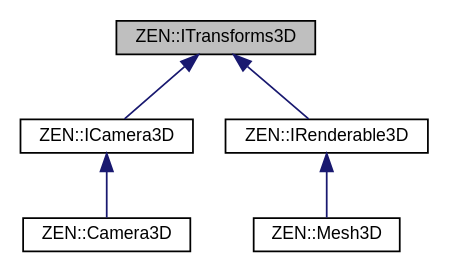
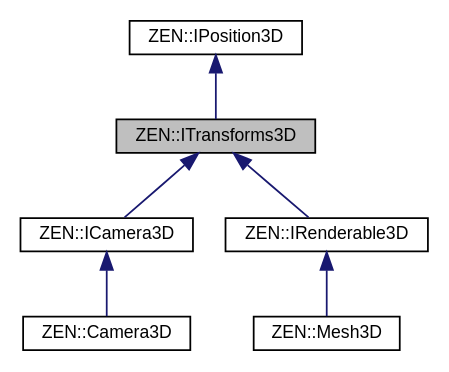
The diagram in classZEN_1_1ITransforms3D__inherit__graph.dot (markhj/zeronetics), drawn with Graphviz before and after one commit. The commit also changed 184 other files, not shown here.

```diff
--- a/classZEN_1_1ITransforms3D__inherit__graph.dot
+++ b/classZEN_1_1ITransforms3D__inherit__graph.dot
@@ -1,15 +1,17 @@
 digraph "ZEN::ITransforms3D"
 {
  // LATEX_PDF_SIZE
   edge [fontname="Helvetica",fontsize="10",labelfontname="Helvetica",labelfontsize="10"];
   node [fontname="Helvetica",fontsize="10",shape=record];
   Node1 [label="ZEN::ITransforms3D",height=0.2,width=0.4,color="black", fillcolor="grey75", style="filled", fontcolor="black",tooltip=" "];
-  Node1 -> Node2 [dir="back",color="midnightblue",fontsize="10",style="solid",fontname="Helvetica"];
-  Node2 [label="ZEN::ICamera3D",height=0.2,width=0.4,color="black", fillcolor="white", style="filled",URL="$classZEN_1_1ICamera3D.html",tooltip=" "];
-  Node2 -> Node3 [dir="back",color="midnightblue",fontsize="10",style="solid",fontname="Helvetica"];
-  Node3 [label="ZEN::Camera3D",height=0.2,width=0.4,color="black", fillcolor="white", style="filled",URL="$classZEN_1_1Camera3D.html",tooltip=" "];
-  Node1 -> Node4 [dir="back",color="midnightblue",fontsize="10",style="solid",fontname="Helvetica"];
-  Node4 [label="ZEN::IRenderable3D",height=0.2,width=0.4,color="black", fillcolor="white", style="filled",URL="$classZEN_1_1IRenderable3D.html",tooltip=" "];
-  Node4 -> Node5 [dir="back",color="midnightblue",fontsize="10",style="solid",fontname="Helvetica"];
-  Node5 [label="ZEN::Mesh3D",height=0.2,width=0.4,color="black", fillcolor="white", style="filled",URL="$classZEN_1_1Mesh3D.html",tooltip=" "];
+  Node2 -> Node1 [dir="back",color="midnightblue",fontsize="10",style="solid",fontname="Helvetica"];
+  Node2 [label="ZEN::IPosition3D",height=0.2,width=0.4,color="black", fillcolor="white", style="filled",URL="$classZEN_1_1IPosition3D.html",tooltip=" "];
+  Node1 -> Node3 [dir="back",color="midnightblue",fontsize="10",style="solid",fontname="Helvetica"];
+  Node3 [label="ZEN::ICamera3D",height=0.2,width=0.4,color="black", fillcolor="white", style="filled",URL="$classZEN_1_1ICamera3D.html",tooltip=" "];
+  Node3 -> Node4 [dir="back",color="midnightblue",fontsize="10",style="solid",fontname="Helvetica"];
+  Node4 [label="ZEN::Camera3D",height=0.2,width=0.4,color="black", fillcolor="white", style="filled",URL="$classZEN_1_1Camera3D.html",tooltip=" "];
+  Node1 -> Node5 [dir="back",color="midnightblue",fontsize="10",style="solid",fontname="Helvetica"];
+  Node5 [label="ZEN::IRenderable3D",height=0.2,width=0.4,color="black", fillcolor="white", style="filled",URL="$classZEN_1_1IRenderable3D.html",tooltip=" "];
+  Node5 -> Node6 [dir="back",color="midnightblue",fontsize="10",style="solid",fontname="Helvetica"];
+  Node6 [label="ZEN::Mesh3D",height=0.2,width=0.4,color="black", fillcolor="white", style="filled",URL="$classZEN_1_1Mesh3D.html",tooltip=" "];
 }
```
